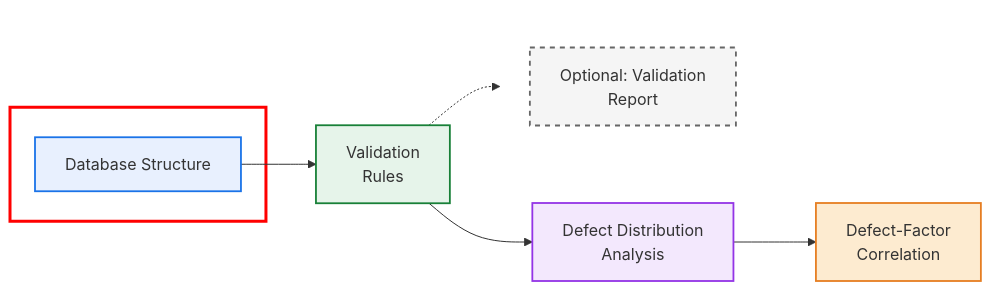
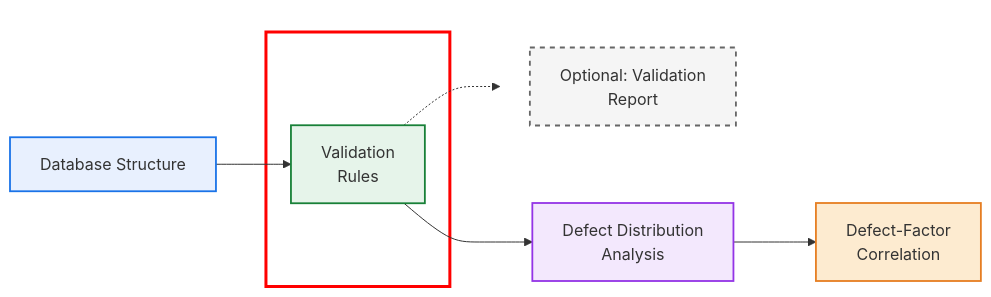
The diagram in README.md (SewerDefectAnalysis/Data_validation), drawn with Mermaid before and after one commit. The commit also changed other lines of this file, not shown here.

Commit message:
Clarify project overview in README
Updated the project overview to clarify data validation steps.

````diff
--- a/README.md
+++ b/README.md
@@ -7,34 +7,36 @@
 ```mermaid
 %%{init: {'flowchart': {'nodeSpacing': 40, 'rankSpacing': 50}}}%%
 flowchart LR
 
     A[Database Structure]:::data -->  B[Validation<br/>Rules]:::validation
     B --> D[Defect Distribution<br/>Analysis]:::analysis
     D --> E[Defect-Factor<br/>Correlation]:::analysisP2
 
     %% Optional branch BELOW
     subgraph optional_branch[ ]
         direction TB
         C[Optional: Validation<br/>Report]:::optional
     end
     style optional_branch fill:none,stroke:none
 
     subgraph stage1[ ]
-        A[Database Structure]
+        B[Validation<br/>Rules]
     end
  
     style stage1 stroke:#FF0000,stroke-width:3px,fill:none
     B -.-> C
 
     %% Click links
     click A "https://github.com/SewerDefectAnalysis/Database_Structure"
+    click B "https://github.com/SewerDefectAnalysis/Data_validation"
+    click C "https://github.com/SewerDefectAnalysis/Data_validation"
 
     %% Styles
     classDef data fill:#E8F0FE,stroke:#1A73E8,stroke-width:1.8px
     classDef validation fill:#E6F4EA,stroke:#188038,stroke-width:1.8px
     classDef analysis fill:#F3E8FD,stroke:#9334E6,stroke-width:1.8px
     classDef analysisP2 fill:#FDEBD0,stroke:#E67E22,stroke-width:1.8px
     classDef prediction fill:#FEF7E0,stroke:#F9AB00,stroke-width:1.8px
     classDef optional fill:#F5F5F5,stroke:#666666,stroke-width:1.8px,stroke-dasharray: 5 5
 
 ```
````
